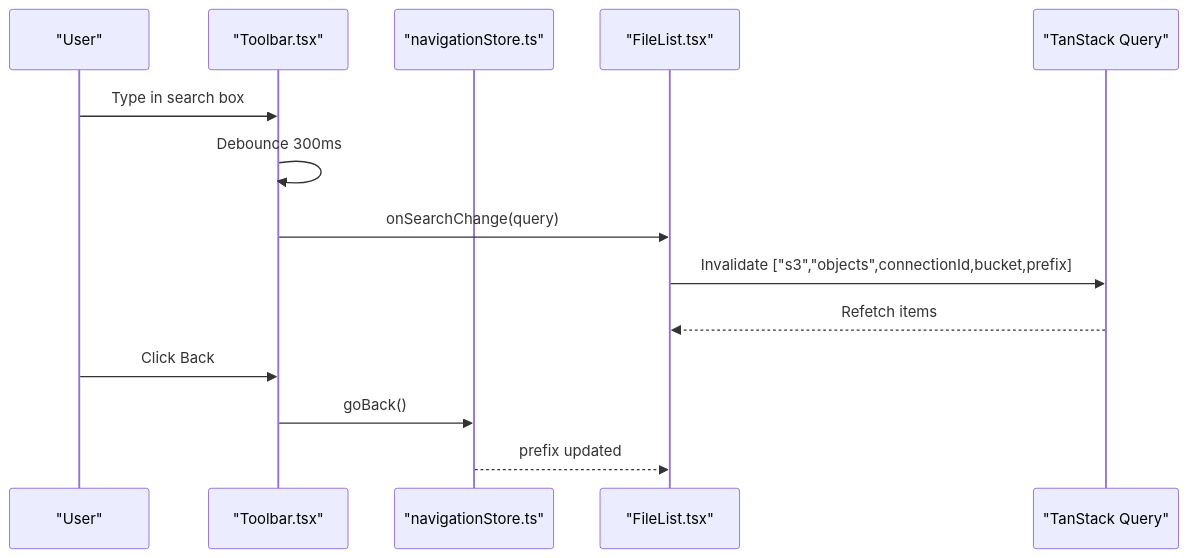
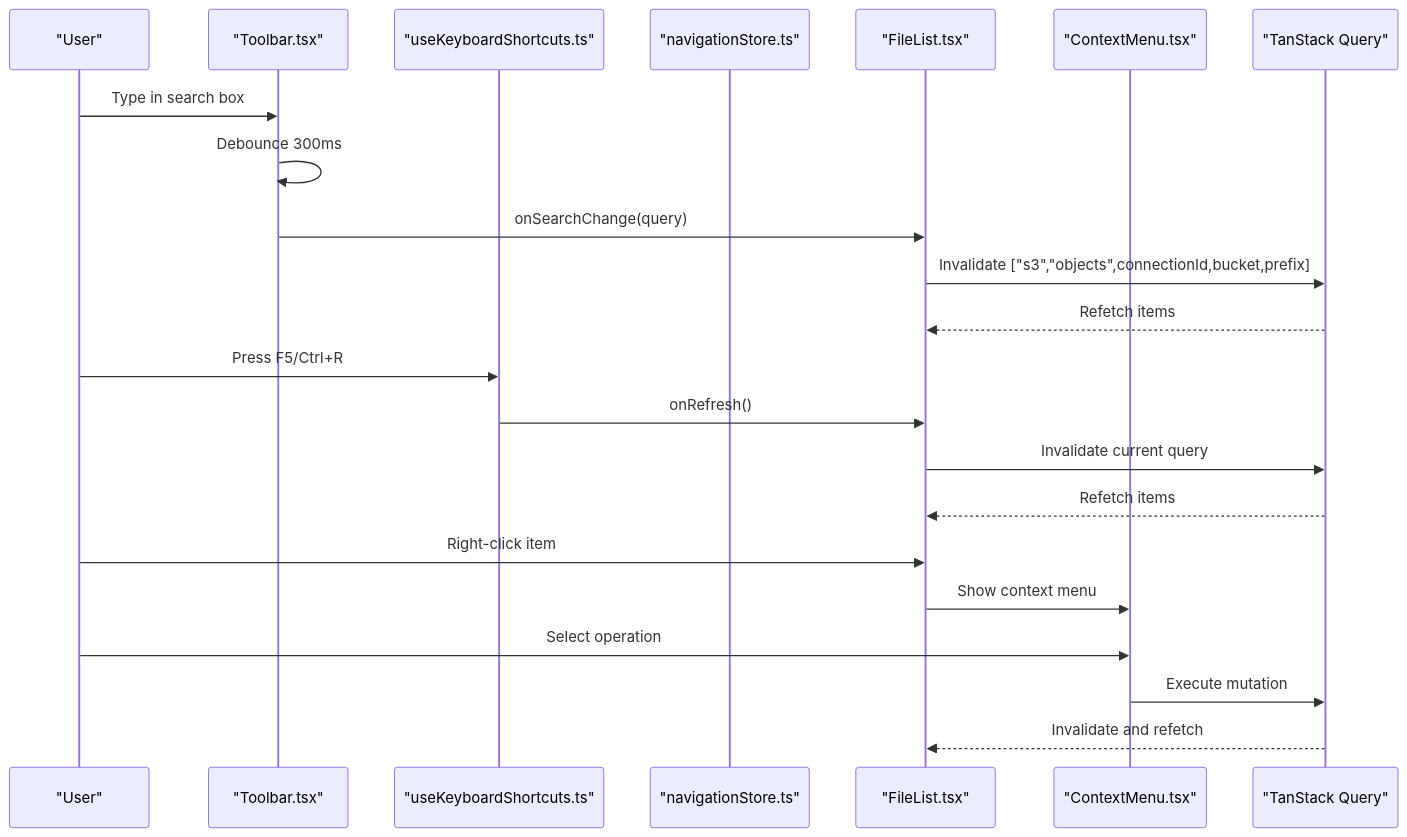
One commit to nasrulhadi/s3-explorer changed the ninth of 15 diagrams in .qoder/repowiki/en/content/Core Features/File Browser Interface.md. Above: the diagram before and after it, drawn with Mermaid. The commit also changed other lines of this file and 44 other files, not shown here.

````diff
--- a/.qoder/repowiki/en/content/Core Features/File Browser Interface.md
+++ b/.qoder/repowiki/en/content/Core Features/File Browser Interface.md
@@ -342,16 +392,24 @@
 ```mermaid
 sequenceDiagram
 participant U as "User"
 participant T as "Toolbar.tsx"
+participant KS as "useKeyboardShortcuts.ts"
 participant NS as "navigationStore.ts"
 participant FL as "FileList.tsx"
+participant CM as "ContextMenu.tsx"
 participant QC as "TanStack Query"
 U->>T : Type in search box
 T->>T : Debounce 300ms
 T->>FL : onSearchChange(query)
 FL->>QC : Invalidate ["s3","objects",connectionId,bucket,prefix]
 QC-->>FL : Refetch items
-U->>T : Click Back
-T->>NS : goBack()
-NS-->>FL : prefix updated
+U->>KS : Press F5/Ctrl+R
+KS->>FL : onRefresh()
+FL->>QC : Invalidate current query
+QC-->>FL : Refetch items
+U->>FL : Right-click item
+FL->>CM : Show context menu
+U->>CM : Select operation
+CM->>QC : Execute mutation
+QC-->>FL : Invalidate and refetch
 ```
````
